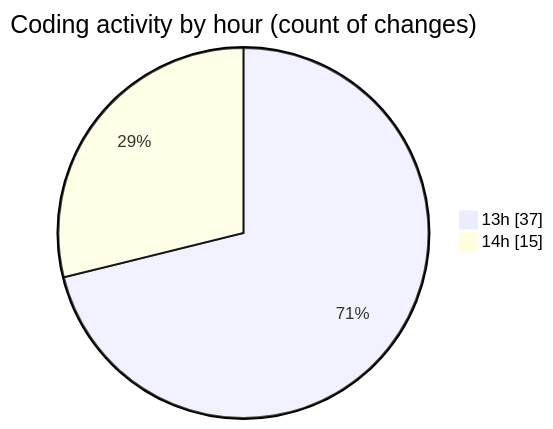
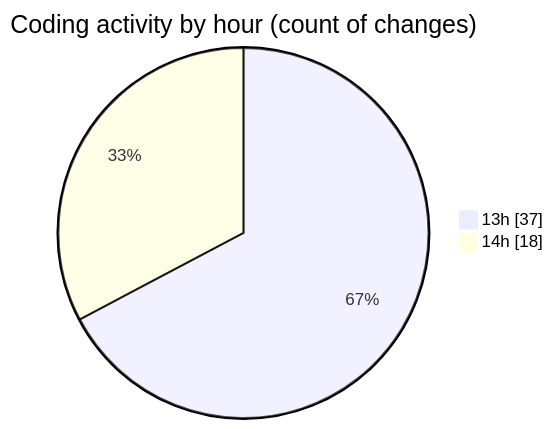
One commit to Unknowalive/code-tracking changed the second of 2 diagrams in 2026-04-11/scripting_workshop/README.md. Above: the diagram before and after it, drawn with Mermaid. The commit also changed other lines of this file and 1 other file, not shown here.

````diff
--- a/2026-04-11/scripting_workshop/README.md
+++ b/2026-04-11/scripting_workshop/README.md
@@ -60,6 +61,6 @@
 ```mermaid
 pie showData
 title Coding activity by hour (count of changes)
 "13h" : 37
-"14h" : 15
+"14h" : 18
 ```
````
